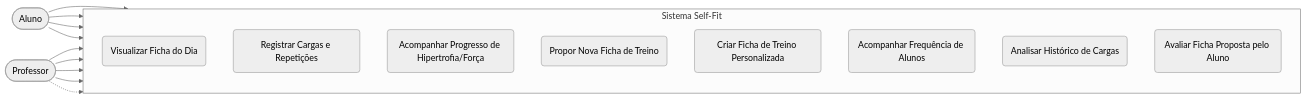
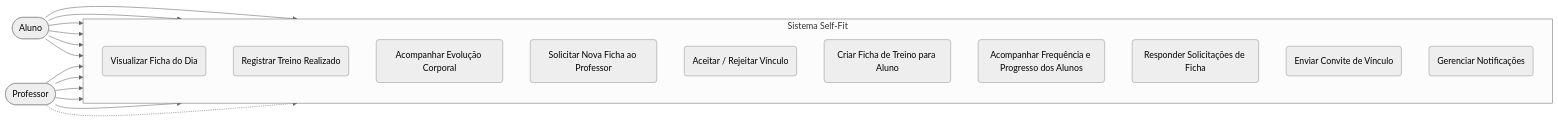
The first of 2 diagrams in README.md (nataliamotand/projeto_eng_software), drawn with Mermaid (neutral theme) before and after one commit. The commit also changed other lines of this file, not shown here.

````diff
--- a/README.md
+++ b/README.md
@@ -51,35 +80,34 @@
 ```mermaid
 flowchart LR
-    %% Atores
     A([Aluno])
     P([Professor])
 
-    %% Sistema
     subgraph Self-Fit [Sistema Self-Fit]
         direction TB
         UC1(Visualizar Ficha do Dia)
-        UC2(Registrar Cargas e Repetições)
-        UC3(Acompanhar Progresso de Hipertrofia/Força)
-        UC4(Propor Nova Ficha de Treino)
-        
-        UC5(Criar Ficha de Treino Personalizada)
-        UC6(Acompanhar Frequência de Alunos)
-        UC7(Analisar Histórico de Cargas)
-        UC8(Avaliar Ficha Proposta pelo Aluno)
+        UC2(Registrar Treino Realizado)
+        UC3(Acompanhar Evolução Corporal)
+        UC4(Solicitar Nova Ficha ao Professor)
+        UC5(Aceitar / Rejeitar Vínculo)
+
+        UC6(Criar Ficha de Treino para Aluno)
+        UC7(Acompanhar Frequência e Progresso dos Alunos)
+        UC8(Responder Solicitações de Ficha)
+        UC9(Enviar Convite de Vínculo)
+        UC10(Gerenciar Notificações)
     end
 
-    %% Relações Aluno
     A --> UC1
     A --> UC2
     A --> UC3
     A --> UC4
+    A --> UC5
+    A --> UC10
 
-    %% Relações Professor
-    P --> UC5
     P --> UC6
     P --> UC7
     P --> UC8
-    
-    %% O Professor também pode visualizar o progresso do aluno
+    P --> UC9
+    P --> UC10
     P -.-> UC3
 ```
````
